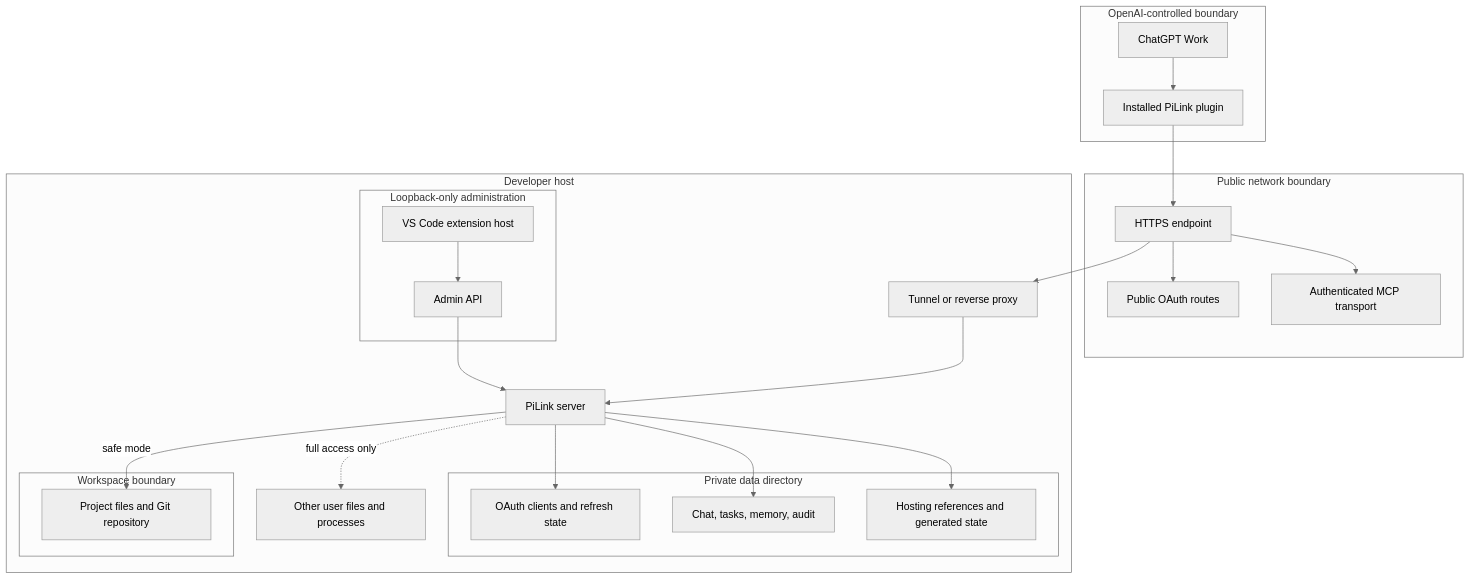
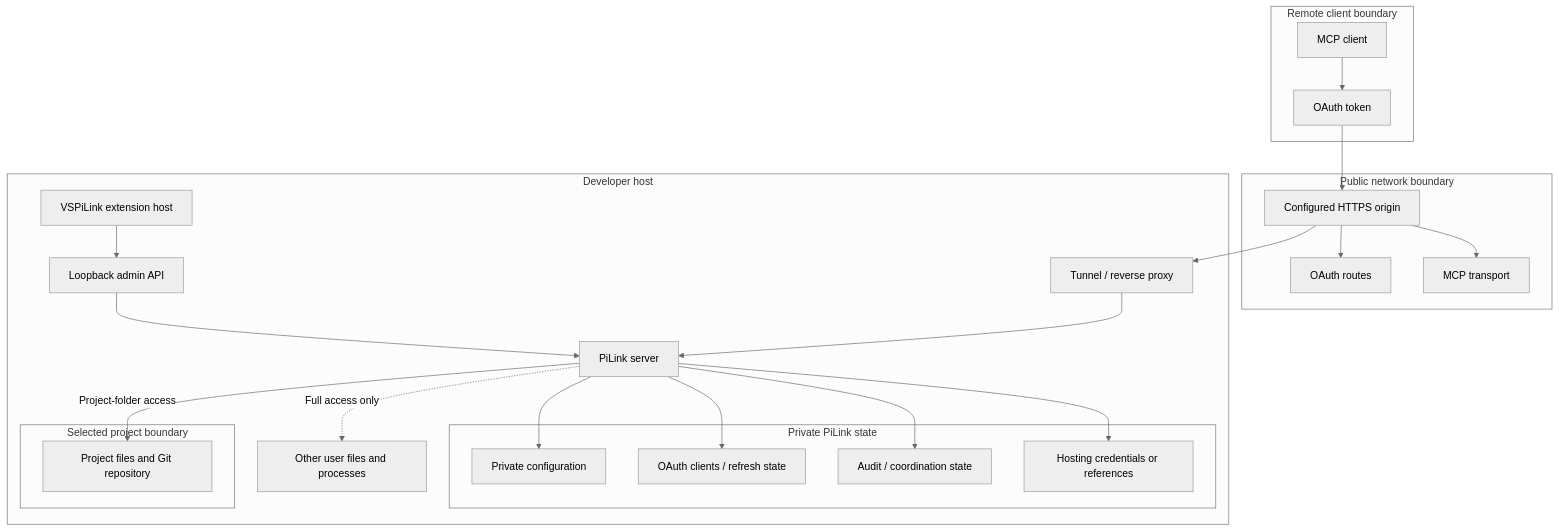
The second of 2 diagrams in docs/ARCHITECTURE.md (roccoangelella/PiLink), drawn with Mermaid (neutral theme) before and after one commit. The commit also changed other lines of this file, not shown here.

Commit message:
docs: simplify architecture around the PiLink bridge

````diff
--- a/docs/ARCHITECTURE.md
+++ b/docs/ARCHITECTURE.md
@@ -80,42 +83,45 @@
 ```mermaid
 flowchart TB
-    subgraph OpenAI[OpenAI-controlled boundary]
-        Work[ChatGPT Work]
-        Plugin[Installed PiLink plugin]
+    subgraph Remote[Remote client boundary]
+        Client[MCP client]
+        Token[OAuth token]
     end
 
-    subgraph Internet[Public network boundary]
-        HTTPS[HTTPS endpoint]
-        OAuth[Public OAuth routes]
-        MCP[Authenticated MCP transport]
+    subgraph Network[Public network boundary]
+        HTTPS[Configured HTTPS origin]
+        OAuth[OAuth routes]
+        MCP[MCP transport]
     end
 
     subgraph Host[Developer host]
-        Proxy[Tunnel or reverse proxy]
-        subgraph Loopback[Loopback-only administration]
-            Admin[Admin API]
-            Extension[VS Code extension host]
+        Proxy[Tunnel / reverse proxy]
+        Server[PiLink server]
+        Admin[Loopback admin API]
+        Extension[VSPiLink extension host]
+
+        subgraph Private[Private PiLink state]
+            Config[Private configuration]
+            Clients[OAuth clients / refresh state]
+            Audit[Audit / coordination state]
+            Hosting[Hosting credentials or references]
         end
-        Server[PiLink server]
-        subgraph Private[Private data directory]
-            Clients[OAuth clients and refresh state]
-            Coordination[Chat, tasks, memory, audit]
-            Hosting[Hosting references and generated state]
+
+        subgraph Project[Selected project boundary]
+            Workspace[Project files and Git repository]
         end
-        subgraph WorkspaceBoundary[Workspace boundary]
-            Files[Project files and Git repository]
-        end
+
         Machine[Other user files and processes]
     end
 
-    Work --> Plugin --> HTTPS
+    Client --> Token --> HTTPS
     HTTPS --> OAuth
     HTTPS --> MCP
     HTTPS --> Proxy --> Server
     Extension --> Admin --> Server
+    Server --> Config
     Server --> Clients
-    Server --> Coordination
+    Server --> Audit
     Server --> Hosting
-    Server -->|safe mode| Files
-    Server -.->|full access only| Machine
+    Server -->|Project-folder access| Workspace
+    Server -.->|Full access only| Machine
 ```
````
